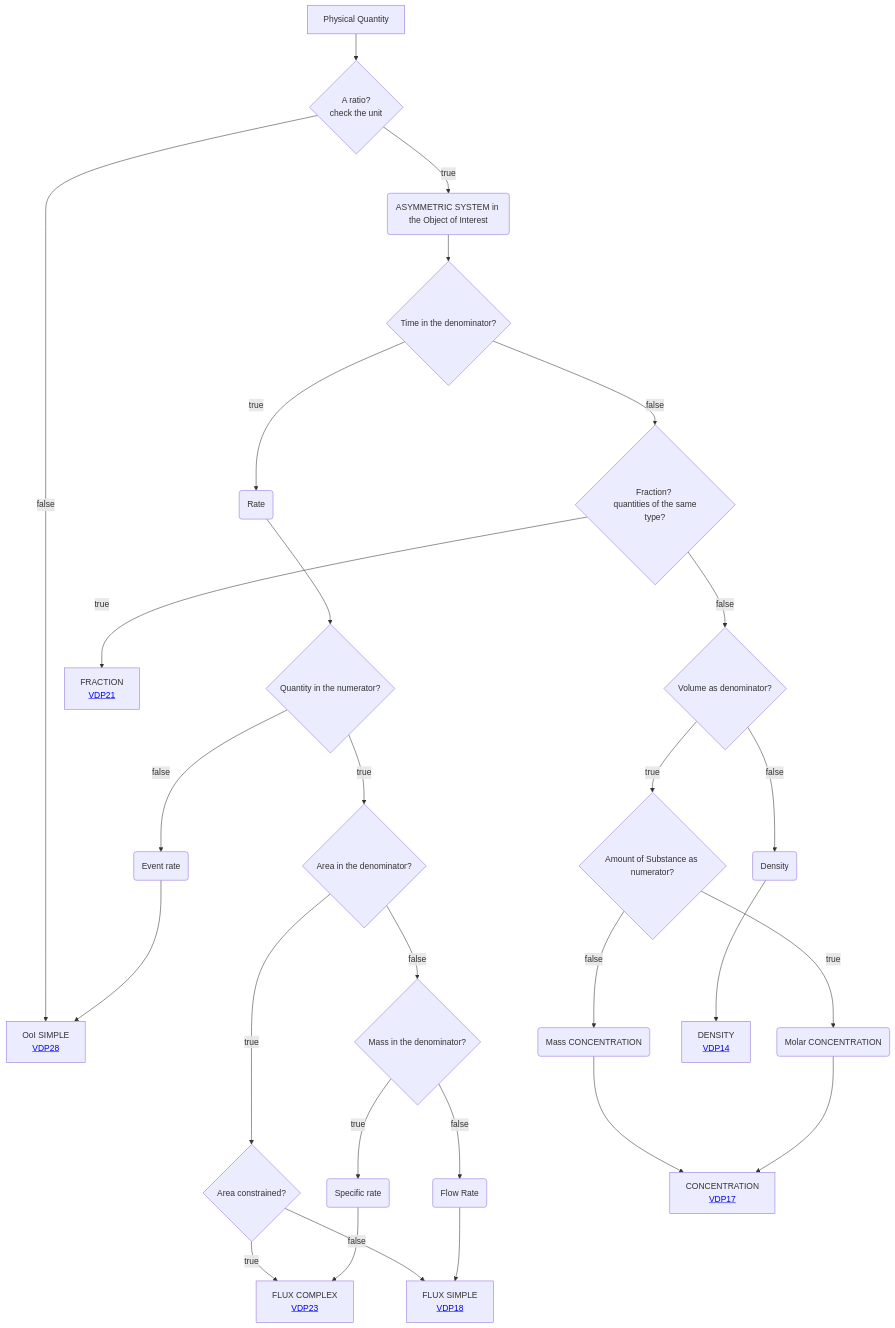
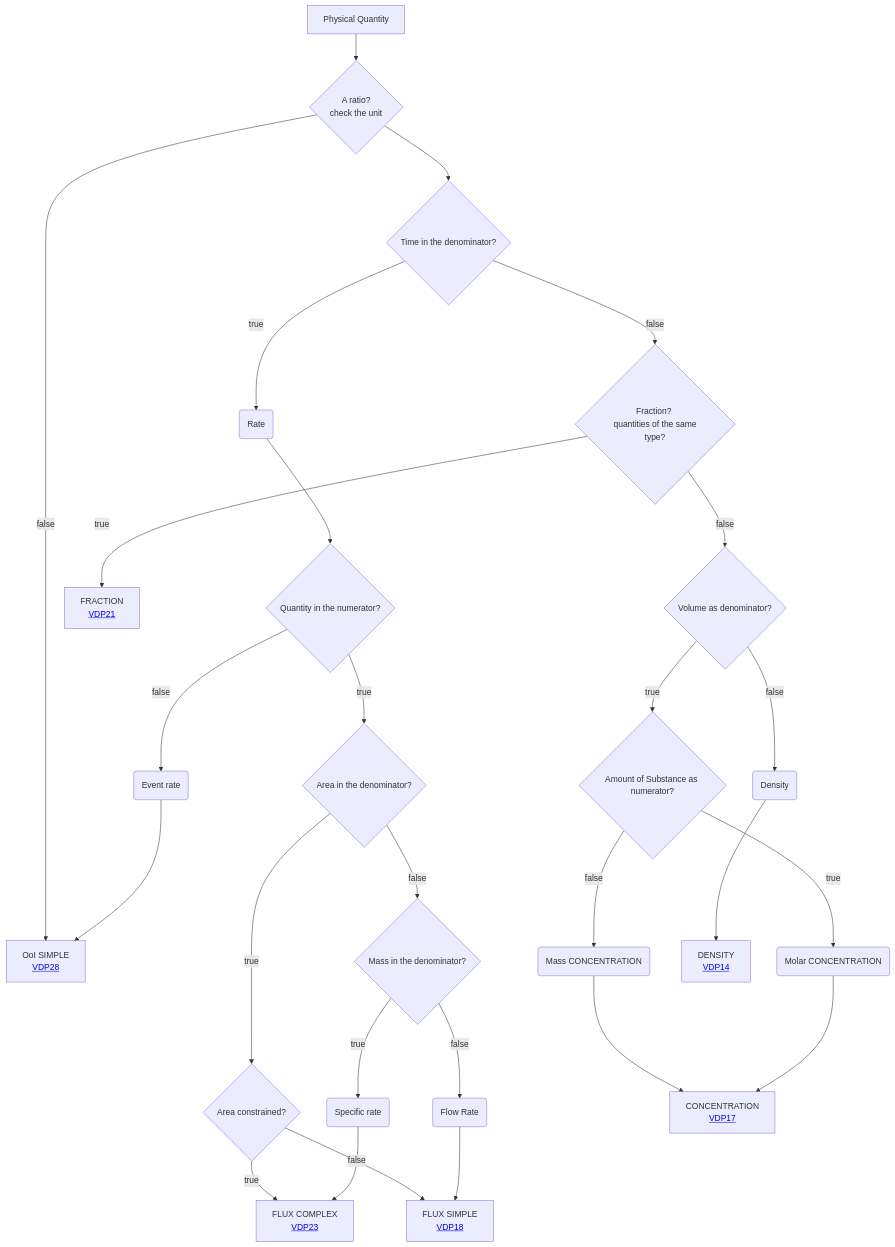
The diagram in Decisition_trees/DT2.mmd (mabablue/I-ADOPT-patterns-playground), drawn with Mermaid before and after one commit.

```diff
--- a/Decisition_trees/DT2.mmd
+++ b/Decisition_trees/DT2.mmd
@@ -1,28 +1,27 @@
 flowchart TD
     A[Physical Quantity] --> B{A ratio?<br>check the unit}
-    B --> |true|AB(ASYMMETRIC SYSTEM in the Object of Interest)
-    AB --> C{Time in the denominator?} 
+    B --> C{Time in the denominator?} 
     B --> |false|I[OoI SIMPLE <br> <a href='https://github.com/mabablue/I-ADOPT-patterns-playground/blob/main/pattern/VDP28.yaml'>VDP28</a>]
     C --> |true|MN(Rate) 
     MN --> N{Quantity in the numerator?}
     C --> |false|D{Fraction? <br> quantities of the same type?}
     E --> |true|F{Area constrained?}
     E --> |false|K{Mass in the denominator?} 
     F --> |true|G[FLUX COMPLEX <br> <a href='https://github.com/mabablue/I-ADOPT-patterns-playground/blob/main/pattern/VDP23.yaml'>VDP23</a>]
     F --> |false|H[FLUX SIMPLE <br> <a href='https://github.com/mabablue/I-ADOPT-patterns-playground/blob/main/pattern/VDP18.yaml'>VDP18</a>]
     K --> |true|L(Specific rate)
     L --> G
     K --> |false|M(Flow Rate)
     M --> H
     N --> |true|E{Area in the denominator?}
     N --> |false|O(Event rate)
     O --> I
     D --> |true|J[FRACTION <br> <a href='https://github.com/mabablue/I-ADOPT-patterns-playground/blob/main/pattern/VDP21.yaml'>VDP21</a>]
     D --> |false|P{Volume as denominator?}
     P --> |true|Q{Amount of Substance as numerator?}
     Q --> |true|R(Molar CONCENTRATION)
     Q --> |false|S(Mass CONCENTRATION)
     P --> |false|U(Density)
     S --> T[CONCENTRATION <br> <a href='https://github.com/mabablue/I-ADOPT-patterns-playground/blob/main/pattern/VDP17.yaml'>VDP17</a>]
     R --> T
     U --> V[DENSITY <br> <a href='https://github.com/mabablue/I-ADOPT-patterns-playground/blob/main/pattern/VDP14.yaml'>VDP14</a>]
```
